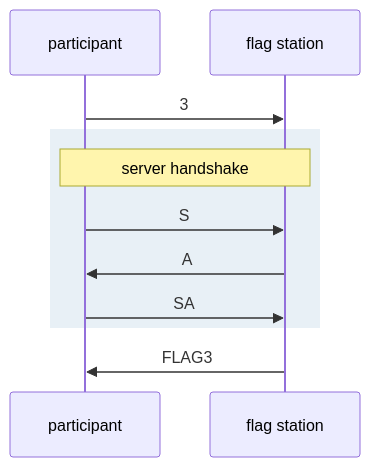
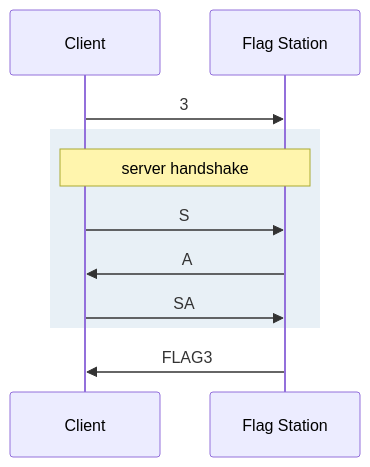
Before and after one commit to PatchyBitz/uno-flag-station: the eighth of 9 diagrams in README.md, drawn with Mermaid. The commit also changed other lines of this file, not shown here.

````diff
--- a/README.md
+++ b/README.md
@@ -148,13 +149,13 @@
 ```mermaid
 sequenceDiagram
-  participant P as participant
-  participant S as flag station
+  participant P as Client
+  participant S as Flag Station
   P->>S: 3
   rect rgba(70, 130, 180, 0.12)
     Note over P,S: server handshake
     P->>S: S
     S->>P: A
     P->>S: SA
   end
   S->>P: FLAG3
 ```
````
